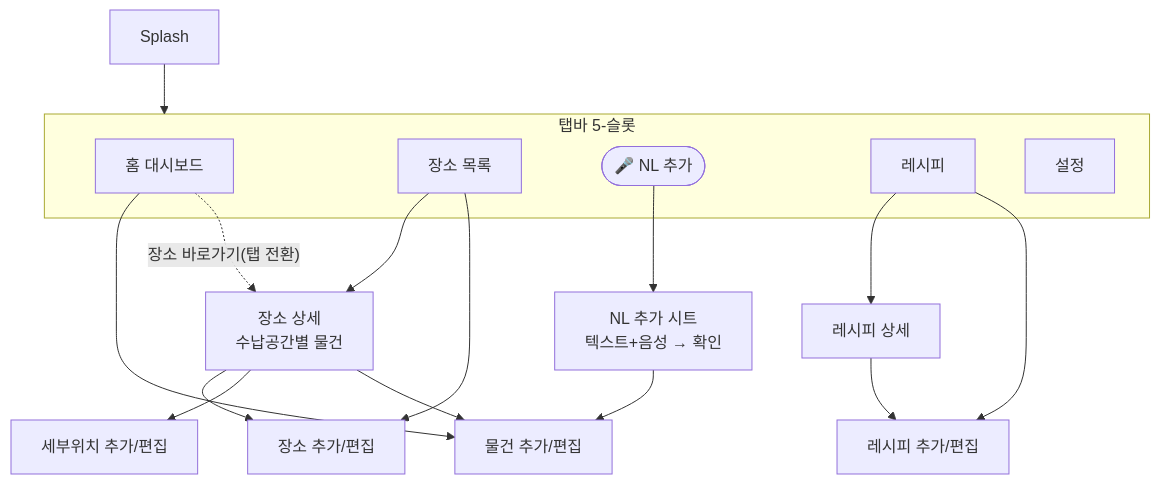
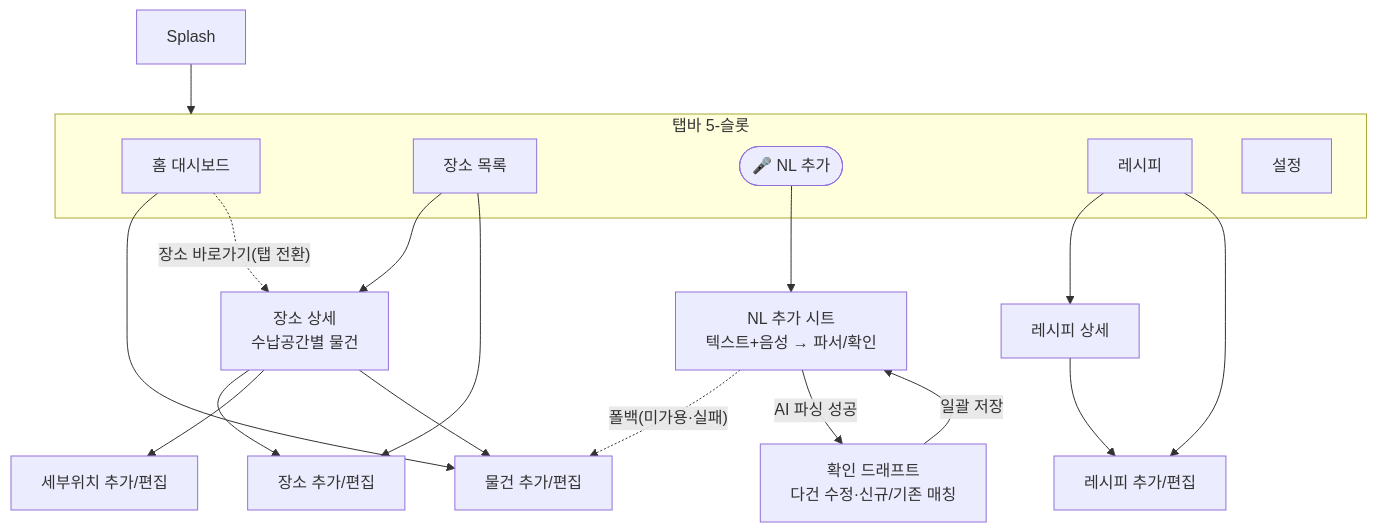
One commit to lks574/HomePinApp_iOS changed the diagram in docs/screen-map.md. Above: the diagram before and after it, drawn with Mermaid. The commit also changed other lines of this file and 12 other files, not shown here.

````diff
--- a/docs/screen-map.md
+++ b/docs/screen-map.md
@@ -15,23 +15,25 @@
 ```mermaid
 flowchart TD
     Splash --> Tab
     subgraph Tab[탭바 5-슬롯]
       Home[홈 대시보드]
       Places[장소 목록]
       Mic([🎤 NL 추가])
       Recipes[레시피]
       Settings[설정]
     end
     Places --> PlaceDetail[장소 상세<br/>수납공간별 물건]
     Places --> PlaceEditor[장소 추가/편집]
     PlaceDetail --> PlaceEditor
     PlaceDetail --> SpotEditor[세부위치 추가/편집]
     PlaceDetail --> ItemEditor[물건 추가/편집]
     Home --> ItemEditor
     Home -. 장소 바로가기(탭 전환) .-> PlaceDetail
-    Capture --> ItemEditor
-    Mic --> Capture[NL 추가 시트<br/>텍스트+음성 → 확인]
+    Capture -. 폴백(미가용·실패) .-> ItemEditor
+    Capture -- AI 파싱 성공 --> DraftReview[확인 드래프트<br/>다건 수정·신규/기존 매칭]
+    DraftReview -- 일괄 저장 --> Capture
+    Mic --> Capture[NL 추가 시트<br/>텍스트+음성 → 파서/확인]
     Recipes --> RecipeDetail[레시피 상세]
     Recipes --> RecipeEditor[레시피 추가/편집]
     RecipeDetail --> RecipeEditor
 ```
````
